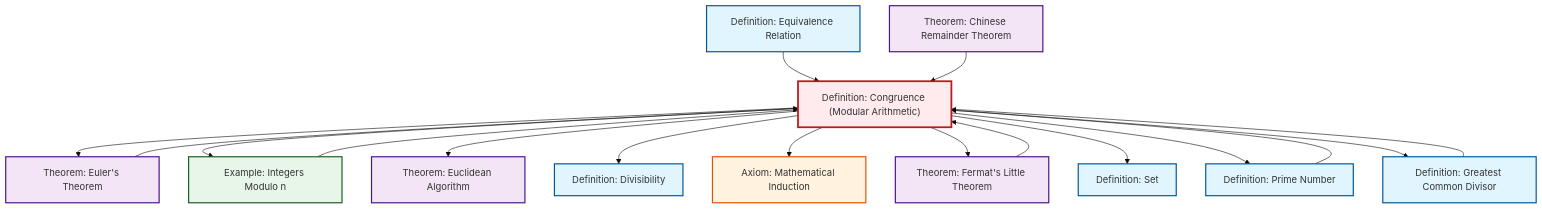
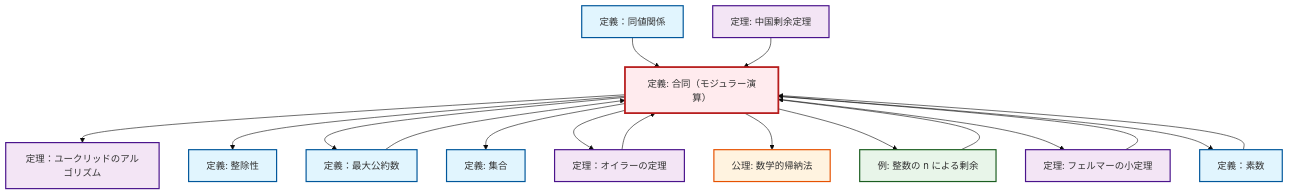
Before and after one commit to RK0429/ModernMath: the diagram in content/ja/number-theory/def-congruence.qmd, drawn with Mermaid (base theme). The commit also changed 1069 other files, not shown here.

````diff
--- a/content/ja/number-theory/def-congruence.qmd
+++ b/content/ja/number-theory/def-congruence.qmd
@@ -125,49 +125,49 @@
 ```{mermaid}
 %%| fig-cap: "Local dependency graph"
 graph TD
     classDef definition fill:#e1f5fe,stroke:#01579b,stroke-width:2px
     classDef theorem fill:#f3e5f5,stroke:#4a148c,stroke-width:2px
     classDef axiom fill:#fff3e0,stroke:#e65100,stroke-width:2px
     classDef example fill:#e8f5e9,stroke:#1b5e20,stroke-width:2px
     classDef current fill:#ffebee,stroke:#b71c1c,stroke-width:3px
-    thm-chinese-remainder["Theorem: Chinese Remainder Theorem"]:::theorem
-    def-set["Definition: Set"]:::definition
-    thm-fermat-little["Theorem: Fermat's Little Theorem"]:::theorem
-    thm-euclidean-algorithm["Theorem: Euclidean Algorithm"]:::theorem
-    def-gcd["Definition: Greatest Common Divisor"]:::definition
-    def-divisibility["Definition: Divisibility"]:::definition
-    def-equivalence-relation["Definition: Equivalence Relation"]:::definition
-    thm-euler["Theorem: Euler's Theorem"]:::theorem
-    ax-induction["Axiom: Mathematical Induction"]:::axiom
-    def-prime["Definition: Prime Number"]:::definition
-    def-congruence["Definition: Congruence (Modular Arithmetic)"]:::definition
-    ex-quotient-integers-mod-n["Example: Integers Modulo n"]:::example
+    def-congruence["定義: 合同（モジュラー演算）"]:::definition
+    def-divisibility["定義: 整除性"]:::definition
+    def-set["定義: 集合"]:::definition
+    ax-induction["公理: 数学的帰納法"]:::axiom
+    thm-euclidean-algorithm["定理：ユークリッドのアルゴリズム"]:::theorem
+    thm-euler["定理：オイラーの定理"]:::theorem
+    thm-chinese-remainder["定理: 中国剰余定理"]:::theorem
+    thm-fermat-little["定理: フェルマーの小定理"]:::theorem
+    def-gcd["定義：最大公約数"]:::definition
+    ex-quotient-integers-mod-n["例: 整数の n による剰余"]:::example
+    def-prime["定義：素数"]:::definition
+    def-equivalence-relation["定義：同値関係"]:::definition
+    thm-euler --> def-congruence
+    def-congruence --> thm-euclidean-algorithm
+    def-equivalence-relation --> def-congruence
+    ex-quotient-integers-mod-n --> def-congruence
+    def-congruence --> def-divisibility
+    def-congruence --> def-gcd
+    def-congruence --> def-set
+    def-prime --> def-congruence
     def-congruence --> thm-euler
+    thm-chinese-remainder --> def-congruence
+    def-congruence --> ax-induction
     def-congruence --> ex-quotient-integers-mod-n
-    def-congruence --> thm-euclidean-algorithm
     def-gcd --> def-congruence
-    ex-quotient-integers-mod-n --> def-congruence
-    def-equivalence-relation --> def-congruence
-    def-prime --> def-congruence
-    def-congruence --> def-divisibility
-    thm-euler --> def-congruence
-    def-congruence --> ax-induction
     def-congruence --> thm-fermat-little
-    def-congruence --> def-set
+    thm-fermat-little --> def-congruence
     def-congruence --> def-prime
-    def-congruence --> def-gcd
-    thm-fermat-little --> def-congruence
-    thm-chinese-remainder --> def-congruence
     class def-congruence current
-    click thm-chinese-remainder "thm-chinese-remainder.html" "Theorem: Chinese Remainder Theoremへ"
-    click def-set "def-set.html" "Definition: Setへ"
-    click thm-fermat-little "thm-fermat-little.html" "Theorem: Fermat's Little Theoremへ"
-    click thm-euclidean-algorithm "thm-euclidean-algorithm.html" "Theorem: Euclidean Algorithmへ"
-    click def-gcd "def-gcd.html" "Definition: Greatest Common Divisorへ"
-    click def-divisibility "def-divisibility.html" "Definition: Divisibilityへ"
-    click def-equivalence-relation "def-equivalence-relation.html" "Definition: Equivalence Relationへ"
-    click thm-euler "thm-euler.html" "Theorem: Euler's Theoremへ"
-    click ax-induction "ax-induction.html" "Axiom: Mathematical Inductionへ"
-    click def-prime "def-prime.html" "Definition: Prime Numberへ"
-    click ex-quotient-integers-mod-n "ex-quotient-integers-mod-n.html" "Example: Integers Modulo nへ"
+    click def-divisibility "def-divisibility.html" "整除性の定義へ"
+    click def-set "def-set.html" "集合の定義へ"
+    click ax-induction "ax-induction.html" "数学的帰納法の公理へ"
+    click thm-euclidean-algorithm "thm-euclidean-algorithm.html" "定理：ユークリッドのアルゴリズムへ"
+    click thm-euler "thm-euler.html" "定理：オイラーの定理へ"
+    click thm-chinese-remainder "thm-chinese-remainder.html" "中国剰余定理の定理へ"
+    click thm-fermat-little "thm-fermat-little.html" "フェルマーの小定理の定理へ"
+    click def-gcd "def-gcd.html" "定義：最大公約数へ"
+    click ex-quotient-integers-mod-n "ex-quotient-integers-mod-n.html" "整数の n による剰余の例へ"
+    click def-prime "def-prime.html" "定義：素数へ"
+    click def-equivalence-relation "def-equivalence-relation.html" "定義：同値関係へ"
 ```
````
